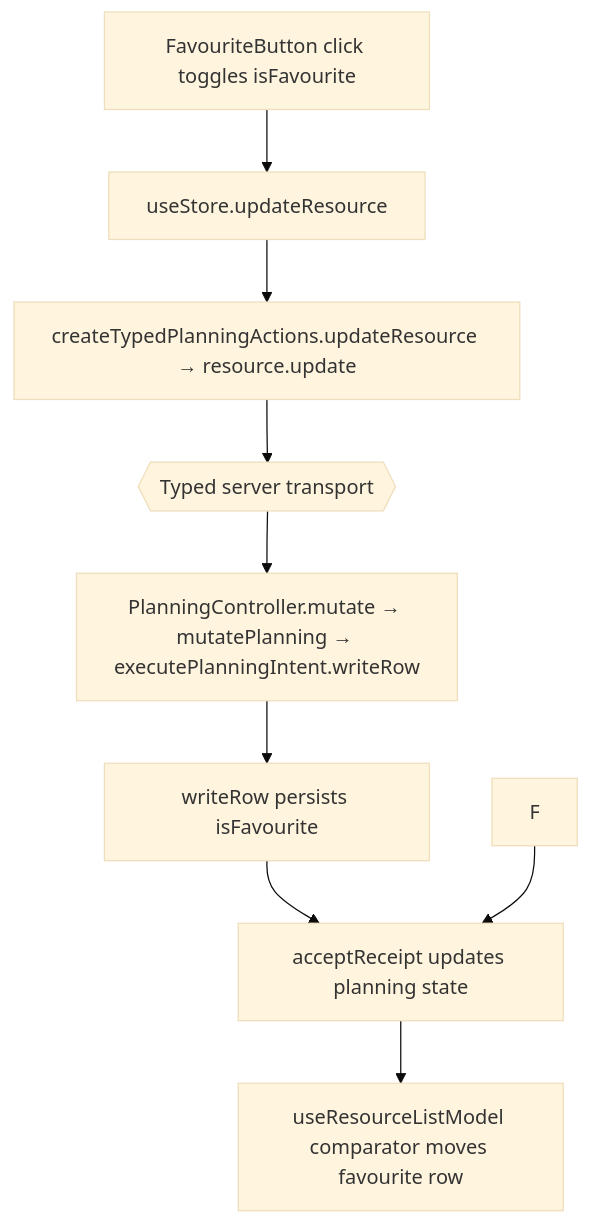
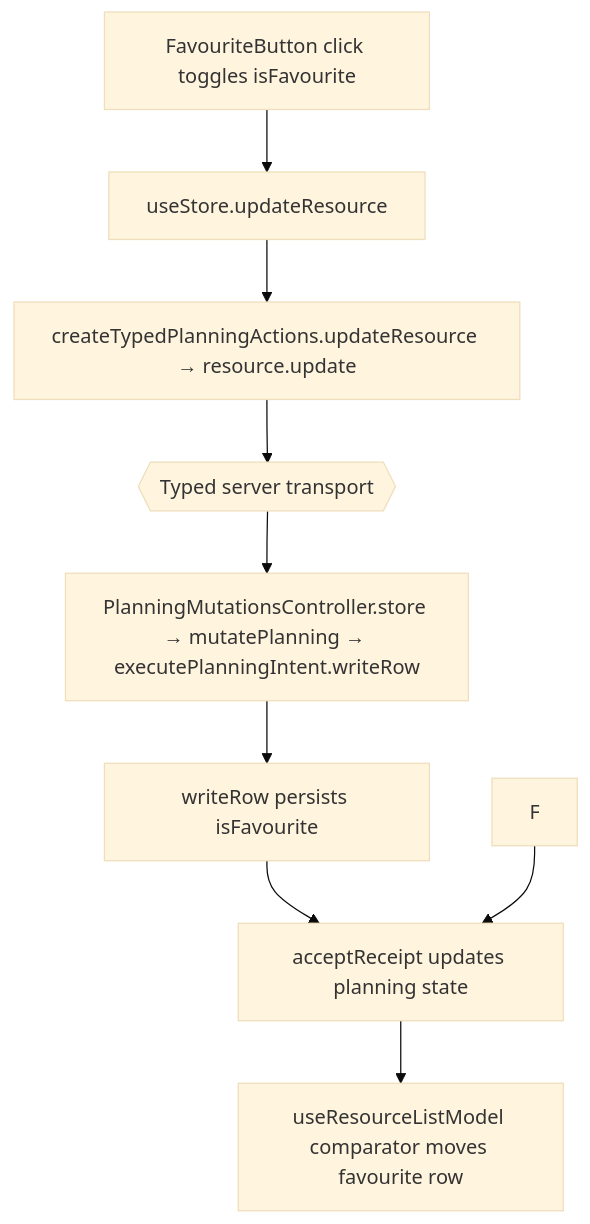
Before and after one commit to Kevinjohn/capacitylens: the second of 2 diagrams in user-stories/resources/US-RES-14-favourite-resource.md, drawn with Mermaid (base theme). The commit also changed other lines of this file and 139 other files, not shown here.

````diff
--- a/user-stories/resources/US-RES-14-favourite-resource.md
+++ b/user-stories/resources/US-RES-14-favourite-resource.md
@@ -27,9 +27,9 @@
 ```mermaid
 flowchart TD
   A["FavouriteButton click toggles isFavourite"] --> B["useStore.updateResource"] --> C["createTypedPlanningActions.updateResource → resource.update"]
   C --> D{{"Typed server transport"}}
-  D --> E["PlanningController.mutate → mutatePlanning → executePlanningIntent.writeRow"] --> E2["writeRow persists isFavourite"]
+  D --> E["PlanningMutationsController.store → mutatePlanning → executePlanningIntent.writeRow"] --> E2["writeRow persists isFavourite"]
   E2 --> G["acceptReceipt updates planning state"]
   F --> G
   G --> H["useResourceListModel comparator moves favourite row"]
 ```
````
